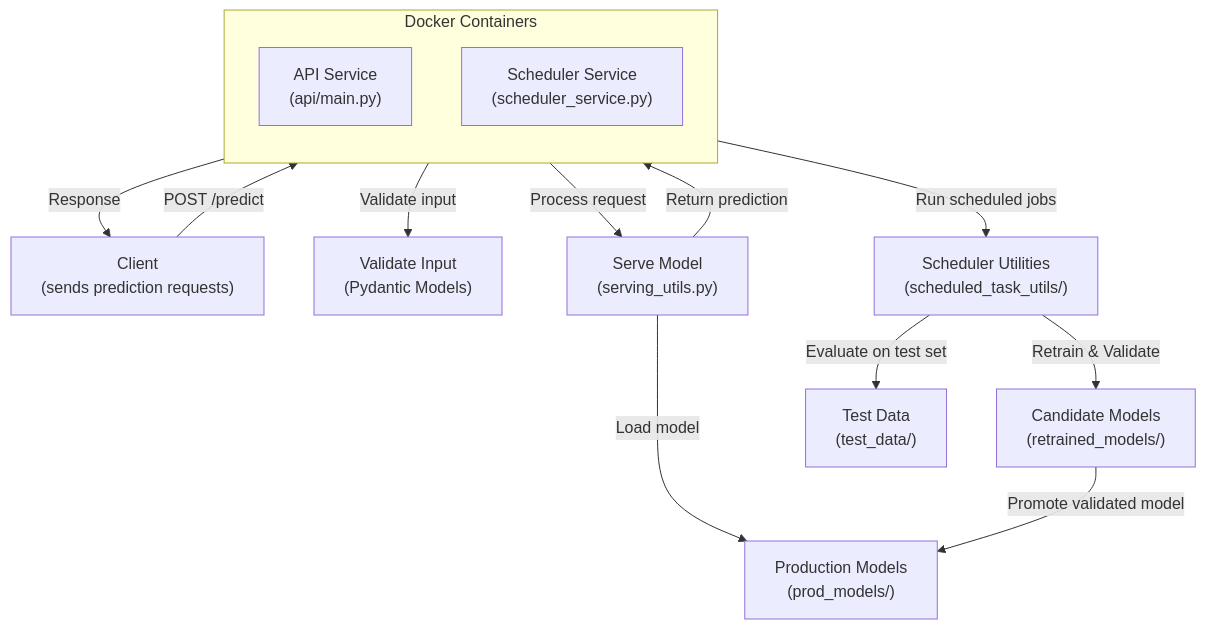
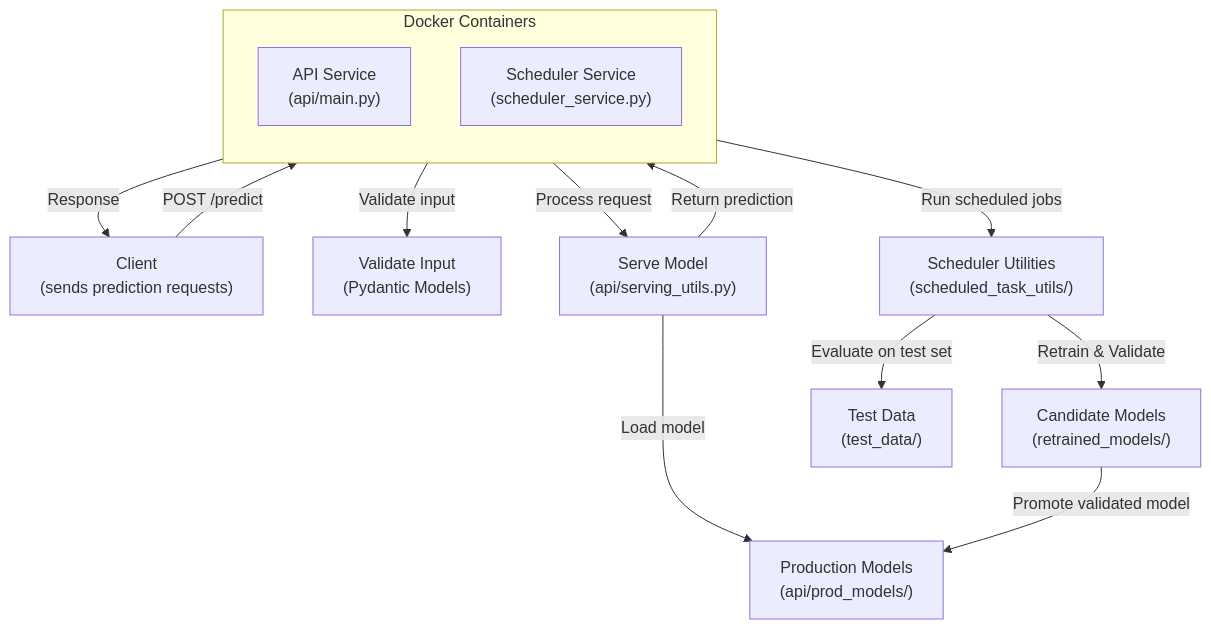
Before and after one commit to ericnechayev/ml-scheduler: the diagram in README.md, drawn with Mermaid. The commit also changed other lines of this file, not shown here.

````diff
--- a/README.md
+++ b/README.md
@@ -11,37 +13,37 @@
 ```mermaid
 graph TD
     %% Clients
     Client["Client<br>(sends prediction requests)"]
 
     %% API Service
     API["API Service<br>(api/main.py)"]
     Pydantic["Validate Input<br>(Pydantic Models)"]
-    Serving["Serve Model<br>(serving_utils.py)"]
-    ProdModels["Production Models<br>(prod_models/)"]
+    Serving["Serve Model<br>(api/serving_utils.py)"]
+    ProdModels["Production Models<br>(api/prod_models/)"]
 
     %% Scheduler Service
     Scheduler["Scheduler Service<br>(scheduler_service.py)"]
     Utils["Scheduler Utilities<br>(scheduled_task_utils/)"]
     Retrained["Candidate Models<br>(retrained_models/)"]
     TestData["Test Data<br>(test_data/)"]
 
     %% Flow connections
     Client -->|POST /predict| API
     API -->|Validate input| Pydantic
     API -->|Process request| Serving
     Serving -->|Load model| ProdModels
     Serving -->|Return prediction| API
     API -->|Response| Client
 
     Scheduler -->|Run scheduled jobs| Utils
     Utils -->|Retrain & Validate| Retrained
     Utils -->|Evaluate on test set| TestData
     Retrained -->|Promote validated model| ProdModels
 
     %% Docker Containers (compact)
     subgraph DockerContainers["Docker Containers"]
         direction TB
         API
         Scheduler
     end
 ```
````
